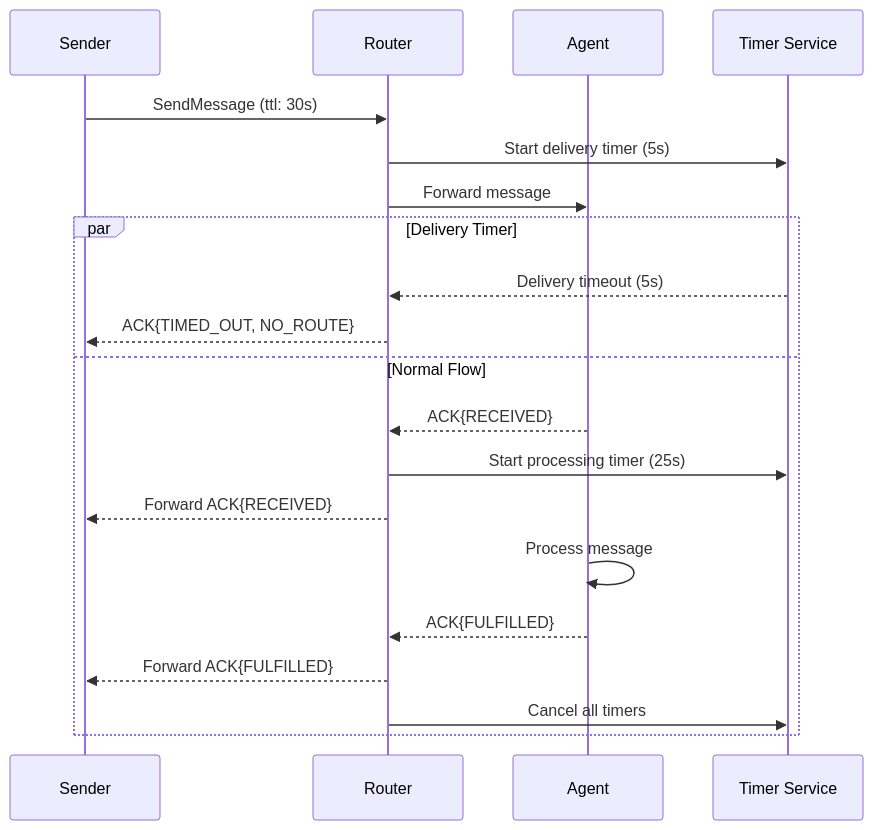
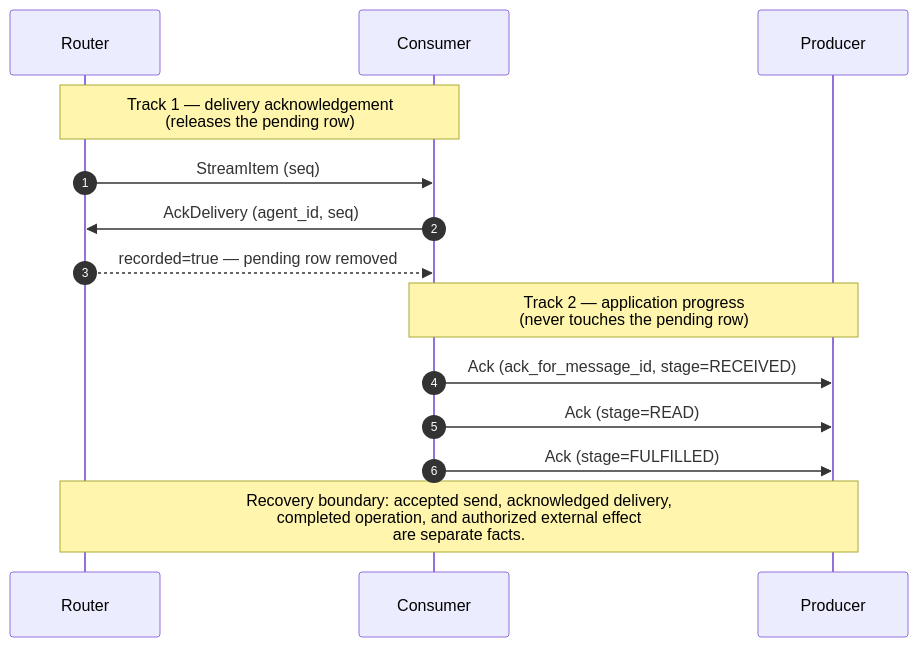
The diagram in documentation/protocol/acks.md (rahulrajaram/sw4rm), drawn with Mermaid before and after one commit. The commit also changed other lines of this file and 59 other files, not shown here.

````diff
--- a/documentation/protocol/acks.md
+++ b/documentation/protocol/acks.md
@@ -258,25 +6,16 @@
 ```mermaid
 sequenceDiagram
-    participant S as Sender
+    autonumber
     participant R as Router
-    participant A as Agent
-    participant T as Timer Service
-    
-    S->>R: SendMessage (ttl: 30s)
-    R->>T: Start delivery timer (5s)
-    R->>A: Forward message
-    
-    par Delivery Timer
-        T-->>R: Delivery timeout (5s)
-        R-->>S: ACK{TIMED_OUT, NO_ROUTE}
-    and Normal Flow
-        A-->>R: ACK{RECEIVED}
-        R->>T: Start processing timer (25s)
-        R-->>S: Forward ACK{RECEIVED}
-        
-        A->>A: Process message
-        A-->>R: ACK{FULFILLED}
-        R-->>S: Forward ACK{FULFILLED}
-        R->>T: Cancel all timers
-    end
+    participant C as Consumer
+    participant Pr as Producer
+    note over R,C: Track 1 — delivery acknowledgement<br/>(releases the pending row)
+    R->>C: StreamItem (seq)
+    C->>R: AckDelivery (agent_id, seq)
+    R-->>C: recorded=true — pending row removed
+    note over C,Pr: Track 2 — application progress<br/>(never touches the pending row)
+    C->>Pr: Ack (ack_for_message_id, stage=RECEIVED)
+    C->>Pr: Ack (stage=READ)
+    C->>Pr: Ack (stage=FULFILLED)
+    note over R,Pr: Recovery boundary: accepted send, acknowledged delivery,<br/>completed operation, and authorized external effect<br/>are separate facts.
 ```
````
